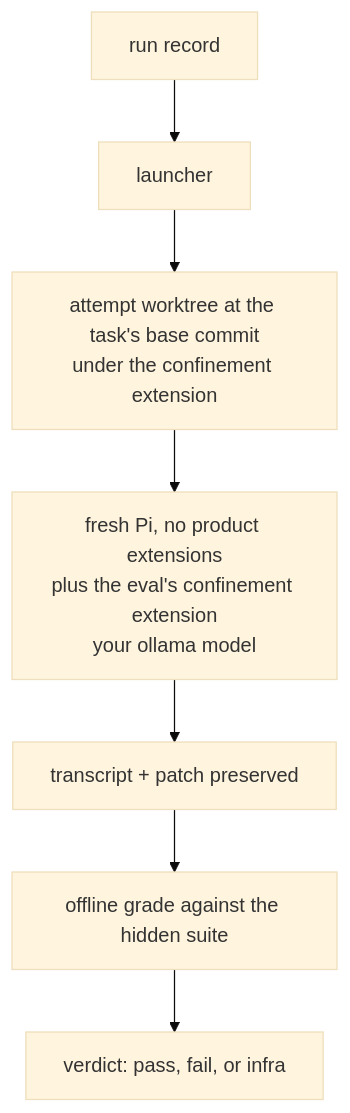
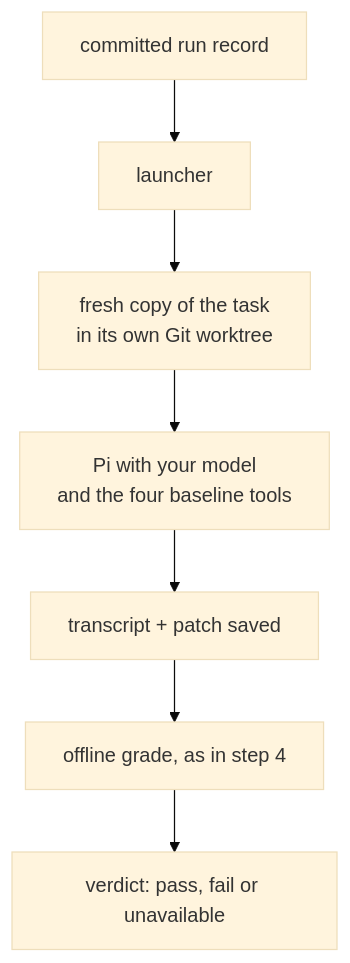
Before and after one commit to pauleveritt/satyrn-evals: the second of 2 diagrams in docs/user-journey.md, drawn with Mermaid (base theme). The commit also changed other lines of this file and 1 other file, not shown here.

First line of the commit message:
user journey: first run through init, doctor, run and report

````diff
--- a/docs/user-journey.md
+++ b/docs/user-journey.md
@@ -330,9 +326,9 @@
 ```mermaid
 flowchart TB
-  R[run record] --> L[launcher]
-  L --> W[attempt worktree at the task's base commit<br/>under the confinement extension]
-  W --> P[fresh Pi, no product extensions<br/>plus the eval's confinement extension<br/>your ollama model]
-  P --> E[transcript + patch preserved]
-  E --> G[offline grade against the hidden suite]
-  G --> V[verdict: pass, fail, or infra]
+  R[committed run record] --> L[launcher]
+  L --> W[fresh copy of the task<br/>in its own Git worktree]
+  W --> P[Pi with your model<br/>and the four baseline tools]
+  P --> E[transcript + patch saved]
+  E --> G[offline grade, as in step 4]
+  G --> V[verdict: pass, fail or unavailable]
 ```
````
